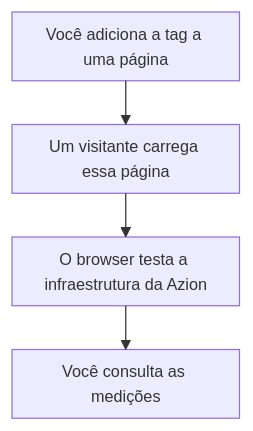
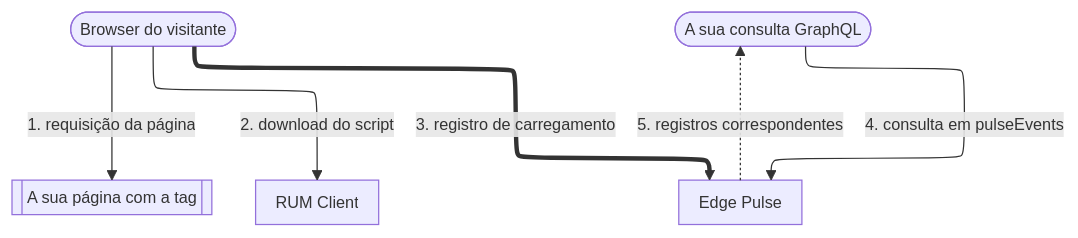
Before and after one commit to aziontech/docs: the diagram in apps/docs/src/content/docs/pt-br/pages/menu-principal/referencia/observe/edge-pulse/edge-pulse.mdx, drawn with Mermaid. The commit also changed other lines of this file and 3 other files, not shown here.

First line of the commit message:
fix(edge-pulse): rebuild the Overview from tested behavior and move its scope facts to the tag page

````diff
--- a/apps/docs/src/content/docs/pt-br/pages/menu-principal/referencia/observe/edge-pulse/edge-pulse.mdx
+++ b/apps/docs/src/content/docs/pt-br/pages/menu-principal/referencia/observe/edge-pulse/edge-pulse.mdx
@@ -25,7 +29,14 @@
 ```mermaid
-%%{init: {"layout": "elk", "themeVariables": {"fontSize": "13px"}, "flowchart": {"nodeSpacing": 24, "rankSpacing": 36, "padding": 8, "wrappingWidth": 150, "useMaxWidth": true}, "sequence": {"width": 120, "actorMargin": 30, "useMaxWidth": true}}}%%
+%%{init: {"layout": "elk", "elk": {"cycleBreakingStrategy": "MODEL_ORDER"}, "themeVariables": {"fontSize": "13px"}, "flowchart": {"nodeSpacing": 24, "rankSpacing": 36, "padding": 8, "wrappingWidth": 150, "useMaxWidth": true}, "sequence": {"width": 120, "actorMargin": 30, "useMaxWidth": true}}}%%
 flowchart TD
-  Tag["Você adiciona a tag a uma página"] --> Visit["Um visitante carrega essa página"]
-  Visit --> Test["O browser testa a infraestrutura da Azion"]
-  Test --> Query["Você consulta as medições"]
+  Browser(["Browser do visitante"])
+  Page[["A sua página com a tag"]]
+  Client["RUM Client"]
+  EP["Edge Pulse"]
+  Reader(["A sua consulta GraphQL"])
+  Browser -->|"1. requisição da página"| Page
+  Browser -->|"2. download do script"| Client
+  Browser ==>|"3. registro de carregamento"| EP
+  Reader -->|"4. consulta em pulseEvents"| EP
+  EP -.->|"5. registros correspondentes"| Reader
 ```
````
